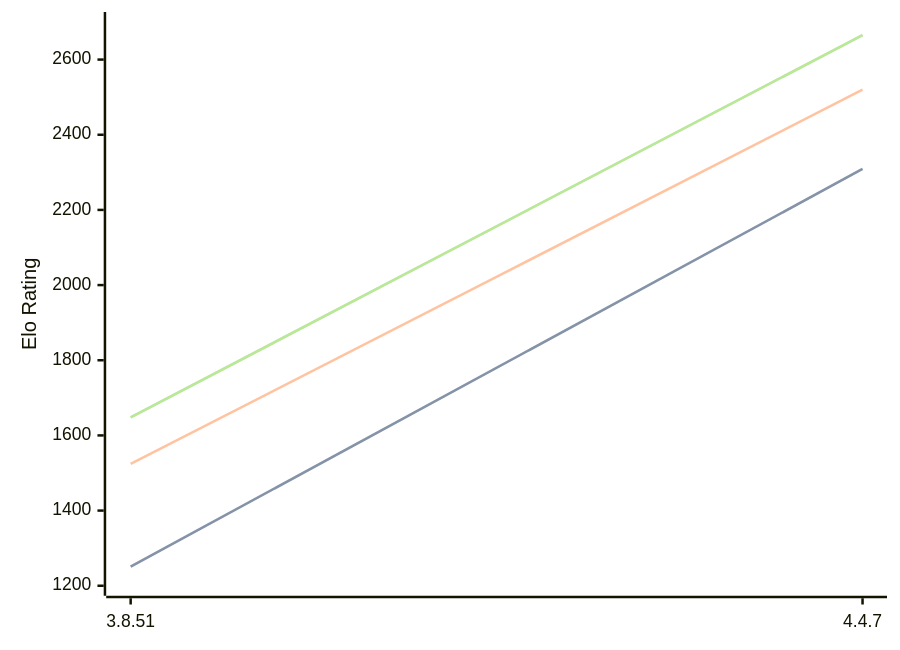
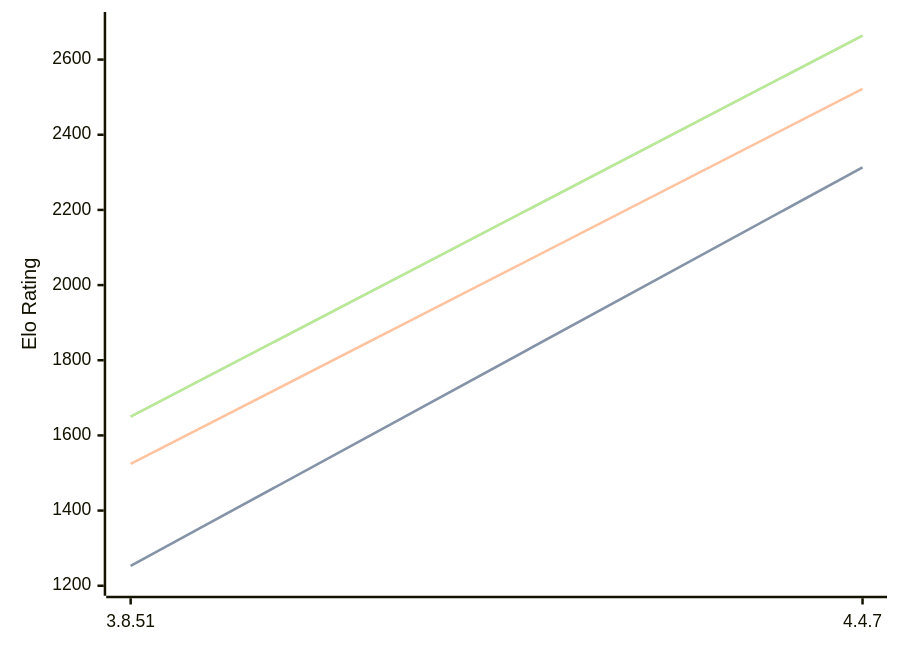
The diagram in engines/Scoria.md (computer-chess-index/cci), drawn with Mermaid before and after one commit. The commit also changed other lines of this file, not shown here.

Commit message:
Update CCI Ratings (ELO VLTC) - 2026-09-01

````diff
--- a/engines/Scoria.md
+++ b/engines/Scoria.md
@@ -32,11 +32,11 @@
 ```mermaid
 %%{init: {"theme":"base","themeVariables":{"seriesColors:['#a3a3a3','#222221','#faa371']}}}%%
 xychart-beta
   x-axis ["3.8.51", "4.4.7"]
   y-axis "Elo Rating" 1200 --> 2700
-  line "" [1251, 2309]
-  line "STC (8.0+0.08s)" [1251, 2309]
-  line "LTC (60.0+0.60s)" [1524, 2520]
-  line "" [1648, 2665]
-  line "VLTC (2m24s+1.12s)" [1648, 2665]
+  line "" [1253, 2313]
+  line "STC (8.0+0.08s)" [1253, 2313]
+  line "LTC (60.0+0.60s)" [1524, 2522]
+  line "" [1650, 2664]
+  line "VLTC (2m24s+1.12s)" [1650, 2664]
 ```
````
